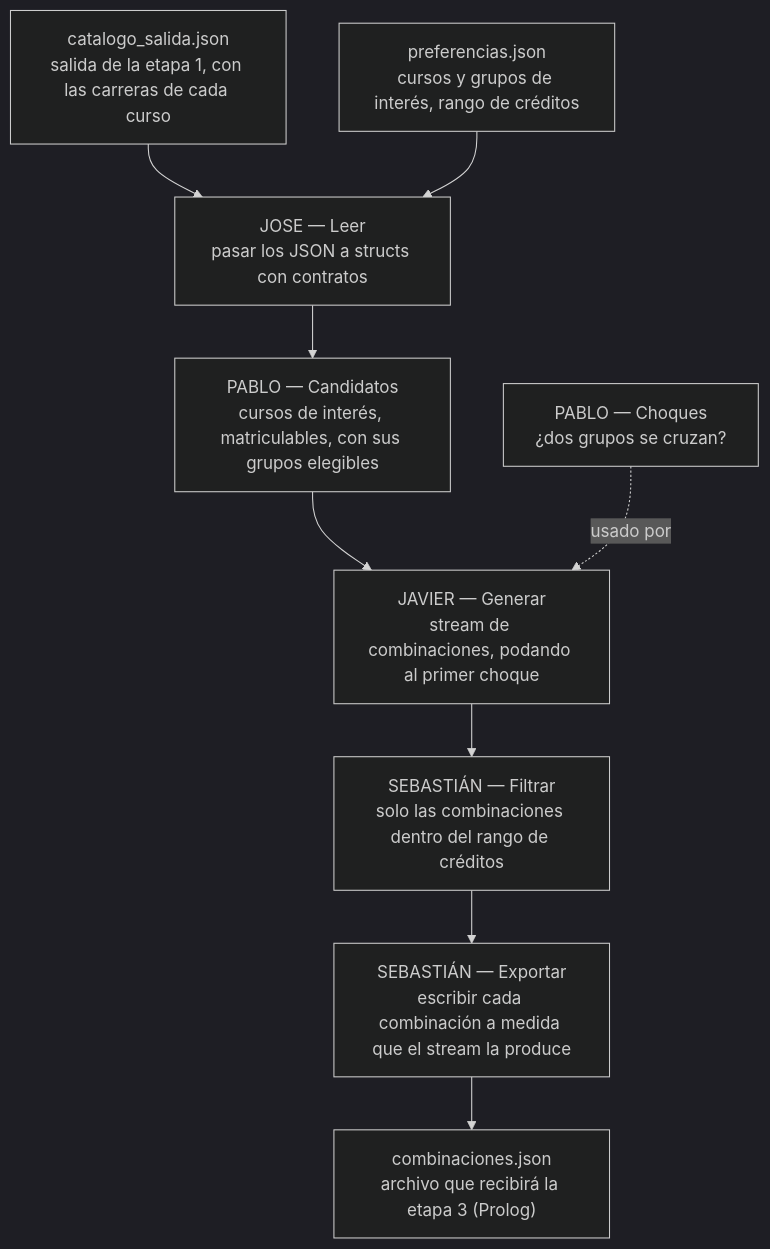
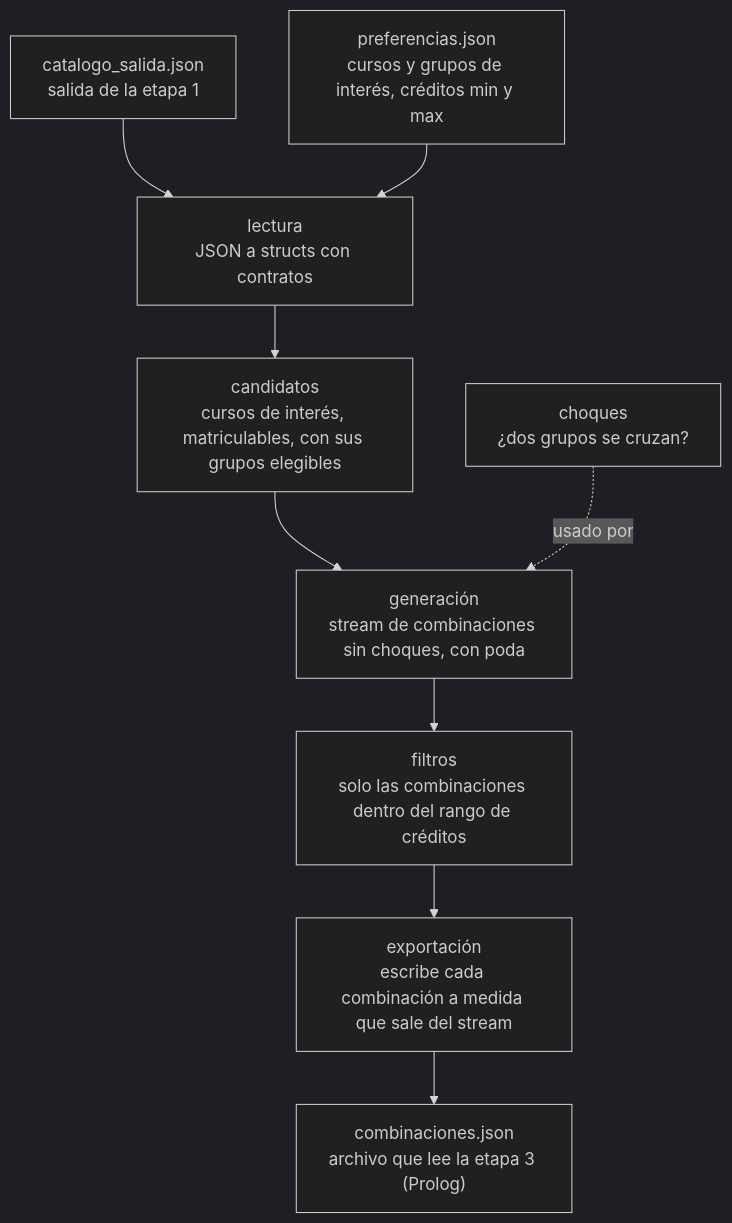
The diagram in etapa2-racket/README.md (Josumveg/ConstructorHorarios), drawn with Mermaid (dark theme) before and after one commit. The commit also changed other lines of this file and 5 other files, not shown here.

````diff
--- a/etapa2-racket/README.md
+++ b/etapa2-racket/README.md
@@ -62,12 +38,12 @@
 ```mermaid
 flowchart TD
-    A["catalogo_salida.json<br/>salida de la etapa 1, con las carreras de cada curso"] --> C
-    B["preferencias.json<br/>cursos y grupos de interés, rango de créditos"] --> C
-    C["JOSE — Leer<br/>pasar los JSON a structs con contratos"] --> D
-    D["PABLO — Candidatos<br/>cursos de interés, matriculables, con sus grupos elegibles"] --> E
-    E["JAVIER — Generar<br/>stream de combinaciones, podando al primer choque"] --> F
-    F["SEBASTIÁN — Filtrar<br/>solo las combinaciones dentro del rango de créditos"] --> G
-    G["SEBASTIÁN — Exportar<br/>escribir cada combinación a medida que el stream la produce"] --> H
-    H["combinaciones.json<br/>archivo que recibirá la etapa 3 (Prolog)"]
-    P["PABLO — Choques<br/>¿dos grupos se cruzan?"] -.usado por.-> E
+    A["catalogo_salida.json<br/>salida de la etapa 1"] --> C
+    B["preferencias.json<br/>cursos y grupos de interés, créditos min y max"] --> C
+    C["lectura<br/>JSON a structs con contratos"] --> D
+    D["candidatos<br/>cursos de interés, matriculables, con sus grupos elegibles"] --> E
+    E["generación<br/>stream de combinaciones sin choques, con poda"] --> F
+    F["filtros<br/>solo las combinaciones dentro del rango de créditos"] --> G
+    G["exportación<br/>escribe cada combinación a medida que sale del stream"] --> H
+    H["combinaciones.json<br/>archivo que lee la etapa 3 (Prolog)"]
+    P["choques<br/>¿dos grupos se cruzan?"] -.usado por.-> E
 ```
````
